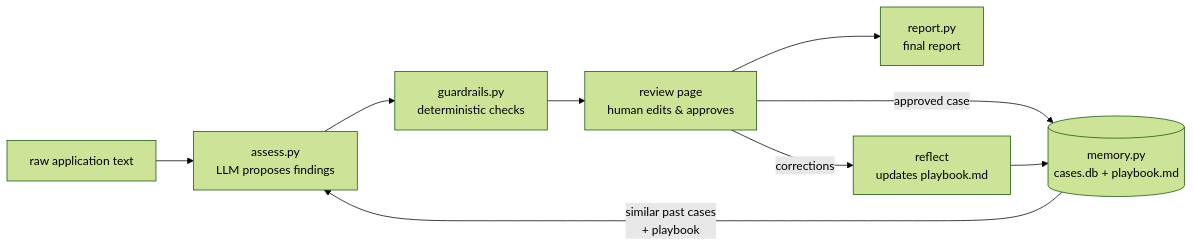
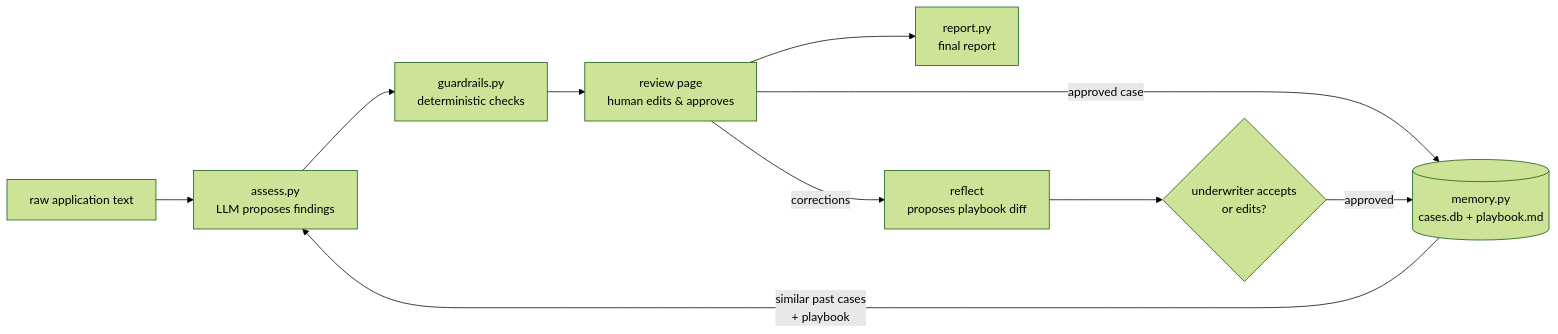
One commit to GoldenWind8/converge-underwriting changed the first of 2 diagrams in docs/ARCHITECTURE.md. Above: the diagram before and after it, drawn with Mermaid (forest theme). The commit also changed other lines of this file and 19 other files, not shown here.

````diff
--- a/docs/ARCHITECTURE.md
+++ b/docs/ARCHITECTURE.md
@@ -8,11 +8,12 @@
 ```mermaid
 flowchart LR
     A[raw application text] --> B[assess.py<br/>LLM proposes findings]
     M[(memory.py<br/>cases.db + playbook.md)] -->|similar past cases<br/>+ playbook| B
     B --> C[guardrails.py<br/>deterministic checks]
     C --> D[review page<br/>human edits & approves]
     D --> E[report.py<br/>final report]
     D -->|approved case| M
-    D -->|corrections| R[reflect<br/>updates playbook.md]
-    R --> M
+    D -->|corrections| R[reflect<br/>proposes playbook diff]
+    R --> H{underwriter accepts<br/>or edits?}
+    H -->|approved| M
 ```
````
